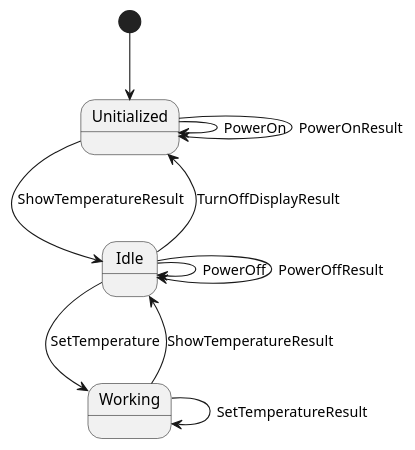
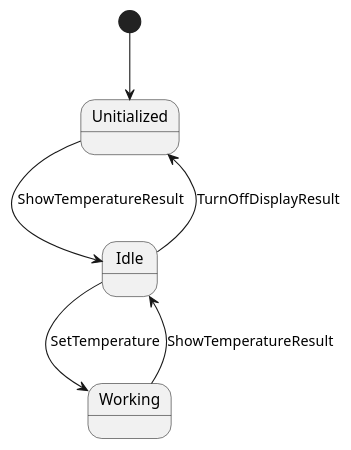
The diagram in SourceCodeGeneration/GeneratedFile/SystemCtrl/SystemCtrl_StateChart.wsd (EvenTang/lywMDDToolChain), drawn with PlantUML before and after one commit. The commit also changed 15 other files, not shown here.

Commit message:
1. Modify components name as parameter to erb file 2. Fix bug for proto file generation 3. Shield events which do not change state in state chart generation file

```diff
--- a/SourceCodeGeneration/GeneratedFile/SystemCtrl/SystemCtrl_StateChart.wsd
+++ b/SourceCodeGeneration/GeneratedFile/SystemCtrl/SystemCtrl_StateChart.wsd
@@ -3,15 +3,10 @@
 @startuml SystemCtrl's state chart
 
 [*] --> Unitialized
 
 Idle --> Working : SetTemperature
-Working --> Working : SetTemperatureResult
 Working --> Idle : ShowTemperatureResult
-Idle --> Idle : PowerOff
-Idle --> Idle : PowerOffResult
 Idle --> Unitialized : TurnOffDisplayResult
-Unitialized --> Unitialized : PowerOn
-Unitialized --> Unitialized : PowerOnResult
 Unitialized --> Idle : ShowTemperatureResult
 
 @enduml
```
